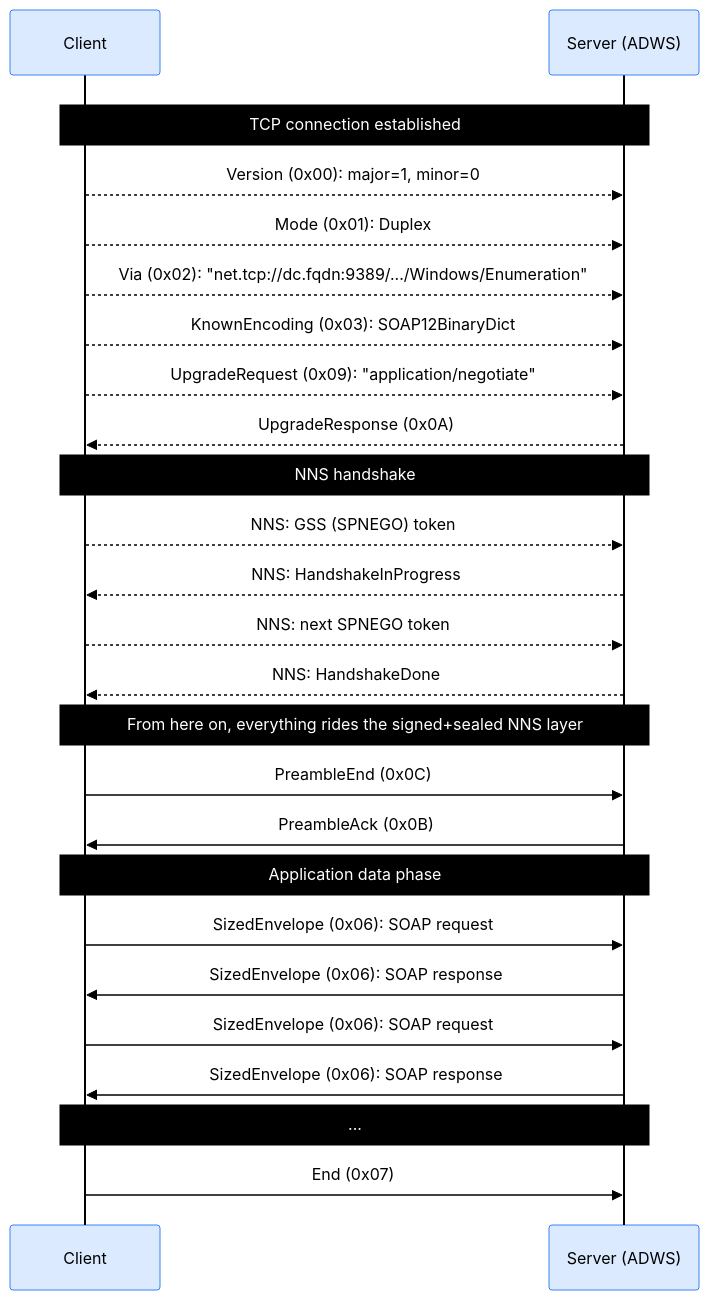
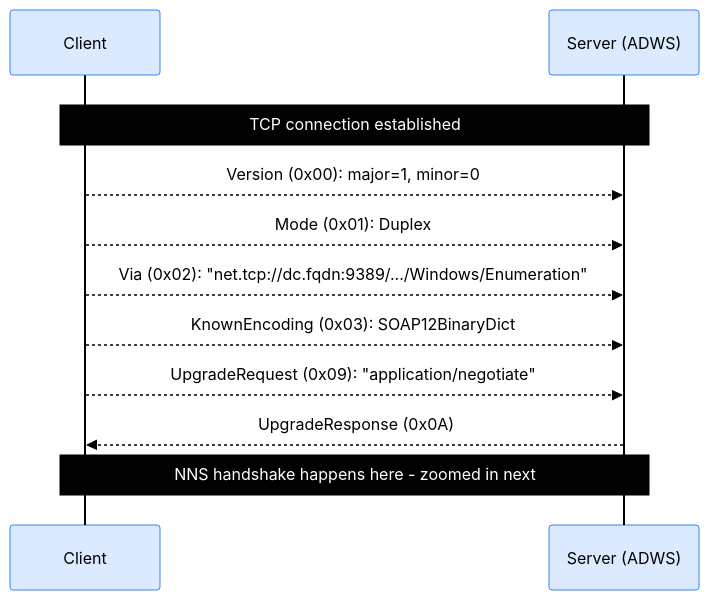
Before and after one commit to Macmod/ginpacket-wiki: the third of 4 diagrams in articles/adws-the-soap-bridge.md, drawn with Mermaid. The commit also changed other lines of this file, not shown here.

````diff
--- a/articles/adws-the-soap-bridge.md
+++ b/articles/adws-the-soap-bridge.md
@@ -480,48 +482,32 @@
 ```mermaid
 %%{init: {'theme': 'base', 'themeVariables': {
   'actorBkg': '#dbeafe',
   'actorBorder': '#3b82f6',
   'actorTextColor': '#000000',
   'actorLineColor': '#000000',
   'signalColor': '#000000',
   'signalTextColor': '#000000',
   'labelBoxBkgColor': '#dbeafe',
   'labelBoxBorderColor': '#3b82f6',
   'labelTextColor': '#000000',
   'loopTextColor': '#000000',
   'noteBkgColor': '#000000',
   'noteBorderColor': '#000000',
   'noteTextColor': '#ffffff'
 }}}%%
 sequenceDiagram
     participant C as Client
     participant S as Server (ADWS)
 
     rect rgb(255, 255, 255)
     Note over C,S: TCP connection established
     C-->>S: Version (0x00): major=1, minor=0
     C-->>S: Mode (0x01): Duplex
     C-->>S: Via (0x02): "net.tcp://dc.fqdn:9389/.../Windows/Enumeration"
     C-->>S: KnownEncoding (0x03): SOAP12BinaryDict
     C-->>S: UpgradeRequest (0x09): "application/negotiate"
     S-->>C: UpgradeResponse (0x0A)
 
-    Note over C,S: NNS handshake
-    C-->>S: NNS: GSS (SPNEGO) token
-    S-->>C: NNS: HandshakeInProgress
-    C-->>S: NNS: next SPNEGO token
-    S-->>C: NNS: HandshakeDone
-
-    Note over C,S: From here on, everything rides the signed+sealed NNS layer
-    C->>S: PreambleEnd (0x0C)
-    S->>C: PreambleAck (0x0B)
-
-    Note over C,S: Application data phase
-    C->>S: SizedEnvelope (0x06): SOAP request
-    S->>C: SizedEnvelope (0x06): SOAP response
-    C->>S: SizedEnvelope (0x06): SOAP request
-    S->>C: SizedEnvelope (0x06): SOAP response
-    Note over C,S: ...
-    C->>S: End (0x07)
+    Note over C,S: NNS handshake happens here - zoomed in next
     end
 ```
````
